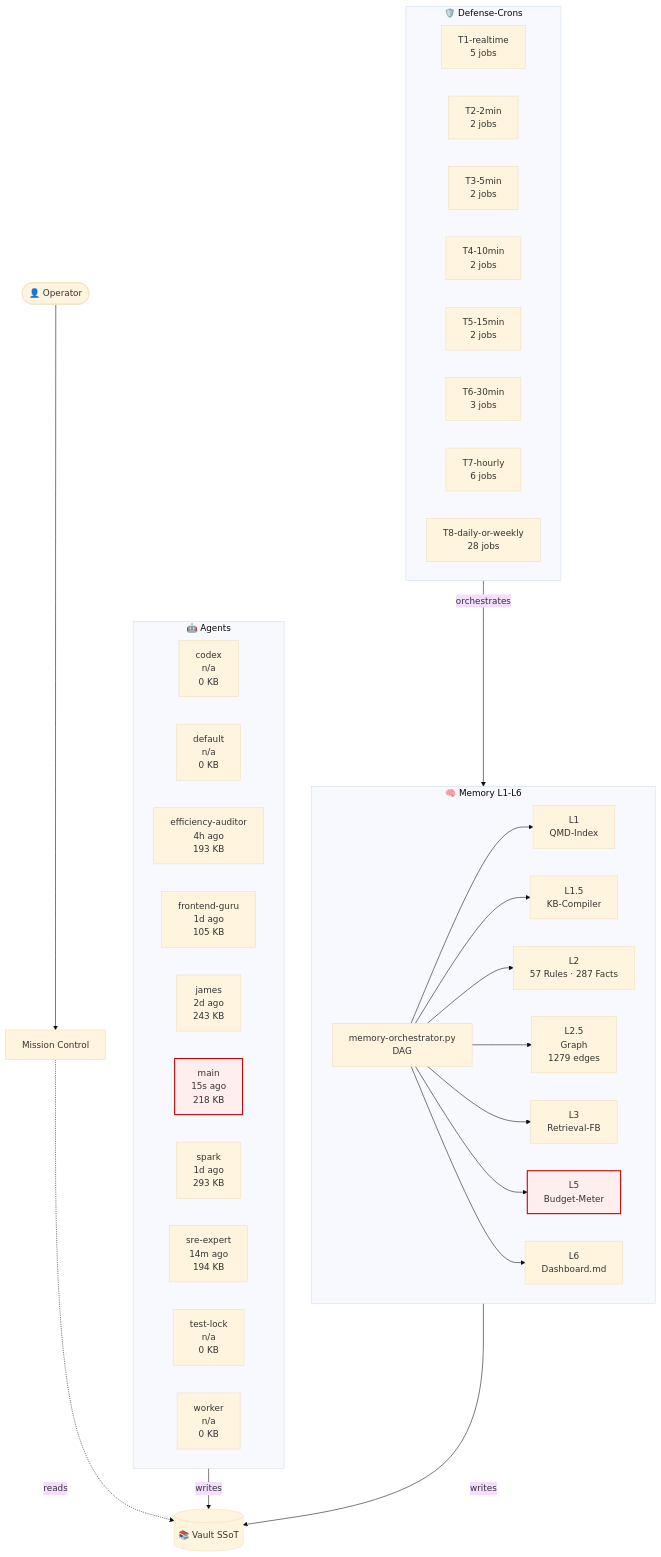
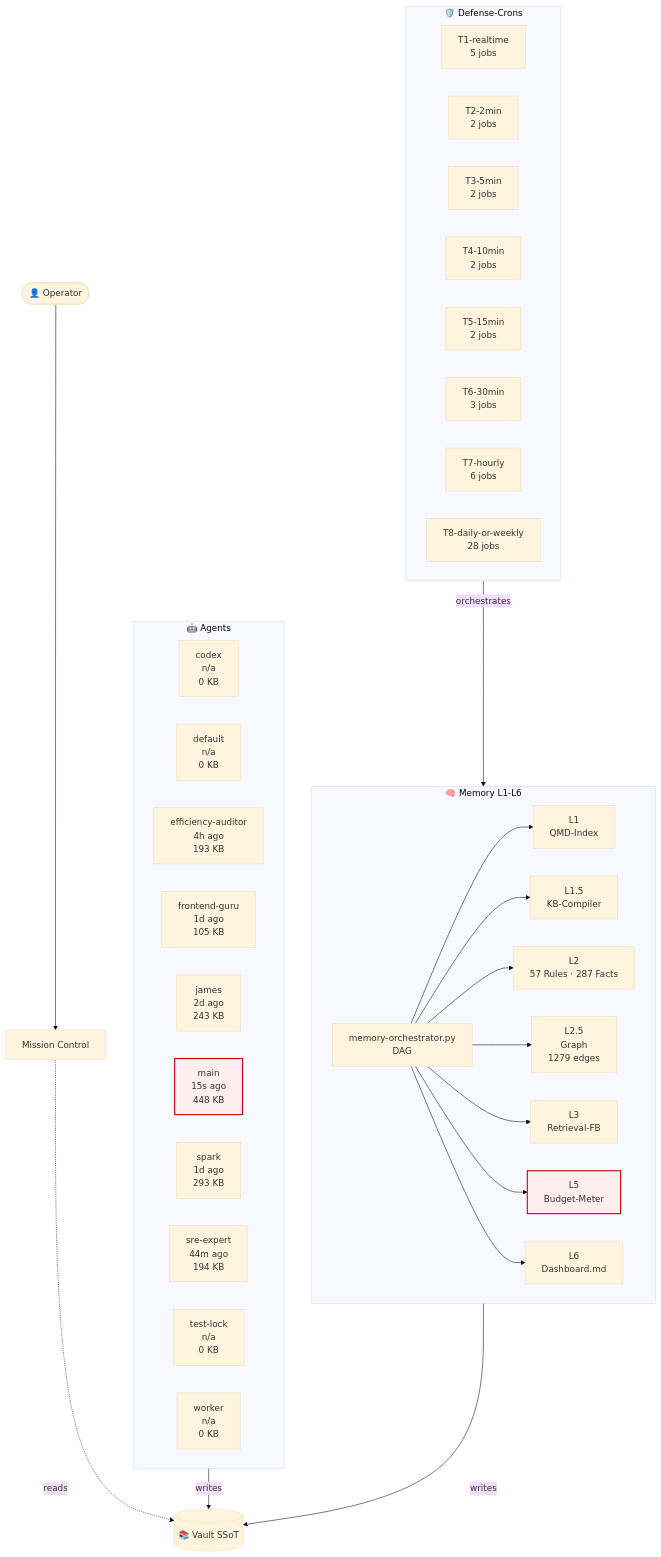
One commit to lenardhuebner88-rgb/openclaw-memory changed the diagram in 03-Agents/architecture-live.md. Above: the diagram before and after it, drawn with Mermaid (base theme). The commit also changed other lines of this file and 12 other files, not shown here.

````diff
--- a/03-Agents/architecture-live.md
+++ b/03-Agents/architecture-live.md
@@ -18,53 +18,53 @@
 ```mermaid
 flowchart TB
     classDef critical fill:#fee,stroke:#c00,stroke-width:2px;
     subgraph AGT["🤖 Agents"]
         agent_codex["codex<br/>n/a<br/>0 KB"]
         agent_default["default<br/>n/a<br/>0 KB"]
         agent_efficiency_auditor["efficiency-auditor<br/>4h ago<br/>193 KB"]
         agent_frontend_guru["frontend-guru<br/>1d ago<br/>105 KB"]
         agent_james["james<br/>2d ago<br/>243 KB"]
-        agent_main["main<br/>15s ago<br/>218 KB"]
+        agent_main["main<br/>15s ago<br/>448 KB"]
         agent_spark["spark<br/>1d ago<br/>293 KB"]
-        agent_sre_expert["sre-expert<br/>14m ago<br/>194 KB"]
+        agent_sre_expert["sre-expert<br/>44m ago<br/>194 KB"]
         agent_test_lock["test-lock<br/>n/a<br/>0 KB"]
         agent_worker["worker<br/>n/a<br/>0 KB"]
     end
     subgraph MEM["🧠 Memory L1-L6"]
         L1["L1<br/>QMD-Index"]
         L15["L1.5<br/>KB-Compiler"]
         L2["L2<br/>57 Rules · 287 Facts"]
         L25["L2.5<br/>Graph<br/>1279 edges"]
         L3["L3<br/>Retrieval-FB"]
         L5["L5<br/>Budget-Meter"]
         L6["L6<br/>Dashboard.md"]
         ORCH["memory-orchestrator.py<br/>DAG"]
     end
     subgraph CRN["🛡️ Defense-Crons"]
         tier_T1_realtime["T1-realtime<br/>5 jobs"]
         tier_T2_2min["T2-2min<br/>2 jobs"]
         tier_T3_5min["T3-5min<br/>2 jobs"]
         tier_T4_10min["T4-10min<br/>2 jobs"]
         tier_T5_15min["T5-15min<br/>2 jobs"]
         tier_T6_30min["T6-30min<br/>3 jobs"]
         tier_T7_hourly["T7-hourly<br/>6 jobs"]
         tier_T8_daily_or_weekly["T8-daily-or-weekly<br/>28 jobs"]
     end
     VAULT[("📚 Vault SSoT")]
     OP([👤 Operator])
     MC["Mission Control"]
     OP --> MC
     MC -.reads.-> VAULT
     AGT -->|writes| VAULT
     MEM -->|writes| VAULT
     ORCH --> L1
     ORCH --> L15
     ORCH --> L2
     ORCH --> L25
     ORCH --> L3
     ORCH --> L5
     ORCH --> L6
     CRN -->|orchestrates| MEM
     class L5 critical
     class agent_main critical
 ```
````
